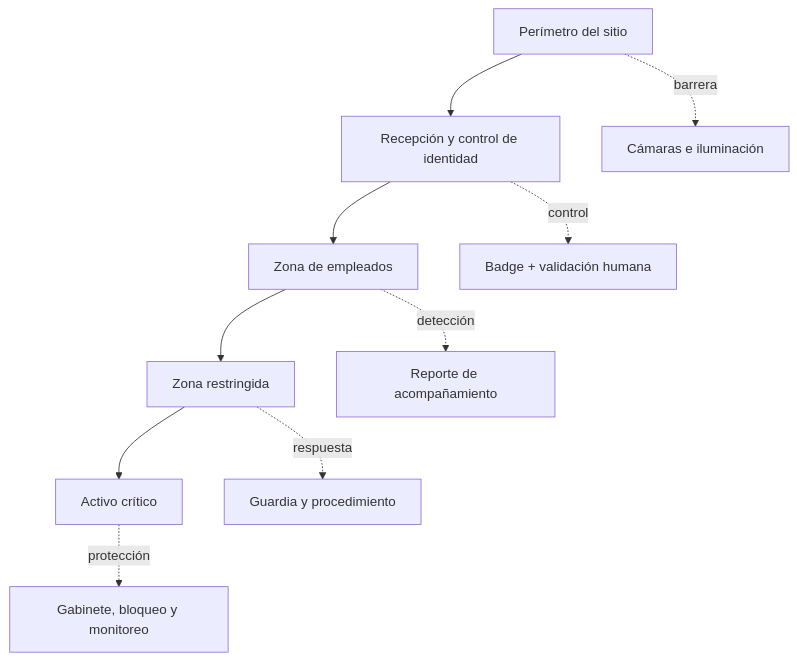
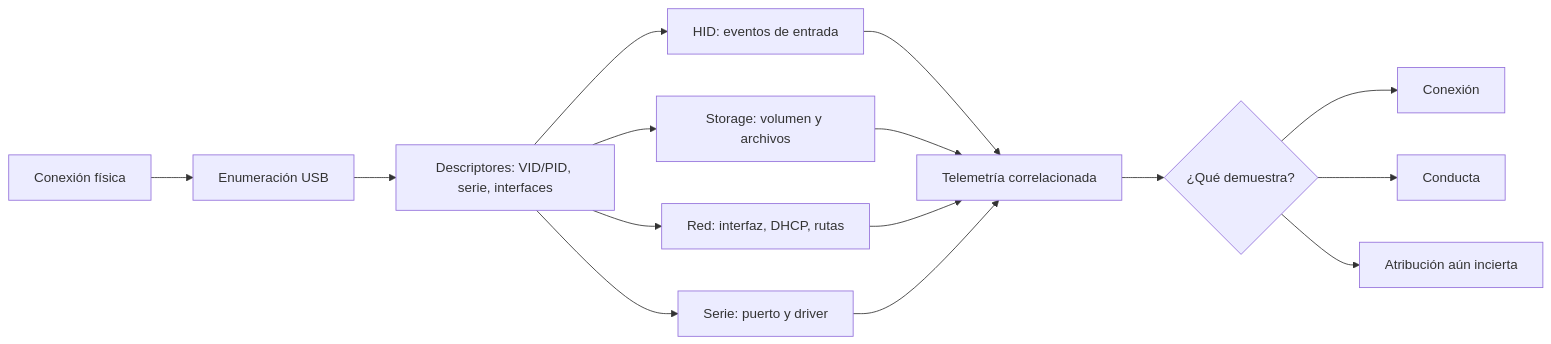
One commit to vladimiracunadev-create/modern-cybersecurity-program changed the diagram in classes/parte-7-red-team-y-operaciones-ofensivas/177-red-teaming-fisico/README.md. Above: the diagram before and after it, drawn with Mermaid. The commit also changed other lines of this file and 5 other files, not shown here.

````diff
--- a/classes/parte-7-red-team-y-operaciones-ofensivas/177-red-teaming-fisico/README.md
+++ b/classes/parte-7-red-team-y-operaciones-ofensivas/177-red-teaming-fisico/README.md
@@ -42,12 +54,14 @@
 ```mermaid
-flowchart TB
-    A[Perímetro del sitio] --> B[Recepción y control de identidad]
-    B --> C[Zona de empleados]
-    C --> D[Zona restringida]
-    D --> E[Activo crítico]
-    A -. barrera .-> F[Cámaras e iluminación]
-    B -. control .-> G[Badge + validación humana]
-    C -. detección .-> H[Reporte de acompañamiento]
-    D -. respuesta .-> I[Guardia y procedimiento]
-    E -. protección .-> J[Gabinete, bloqueo y monitoreo]
+flowchart LR
+  F[Conexión física] --> E[Enumeración USB]
+  E --> D[Descriptores: VID/PID, serie, interfaces]
+  D --> H[HID: eventos de entrada]
+  D --> S[Storage: volumen y archivos]
+  D --> N[Red: interfaz, DHCP, rutas]
+  D --> C[Serie: puerto y driver]
+  H & S & N & C --> T[Telemetría correlacionada]
+  T --> J{¿Qué demuestra?}
+  J --> J1[Conexión]
+  J --> J2[Conducta]
+  J --> J3[Atribución aún incierta]
 ```
````
